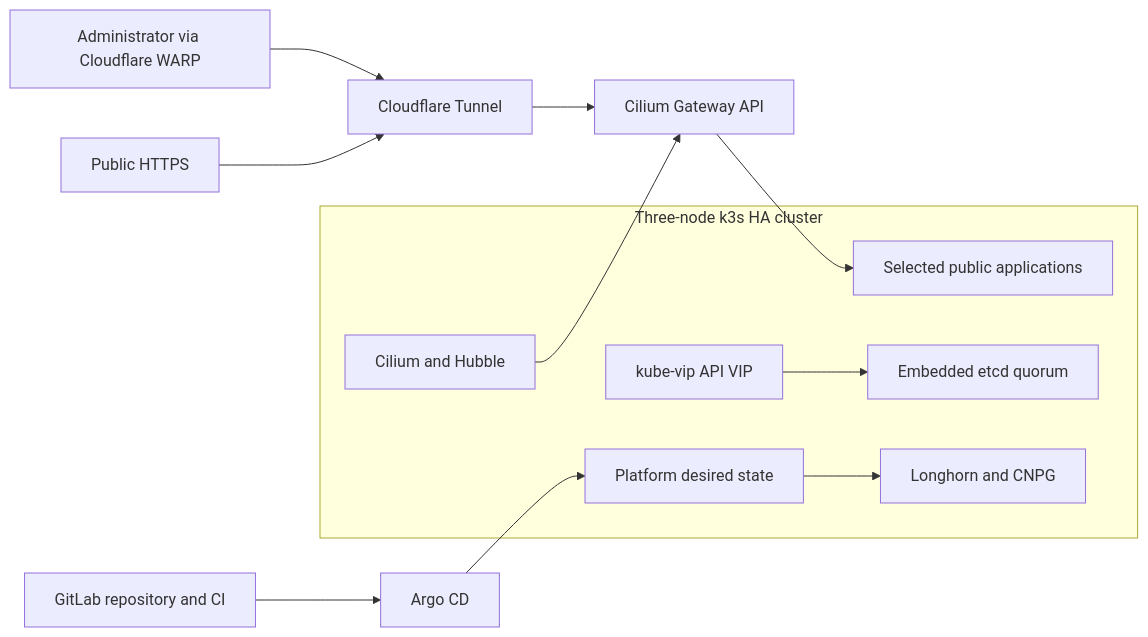
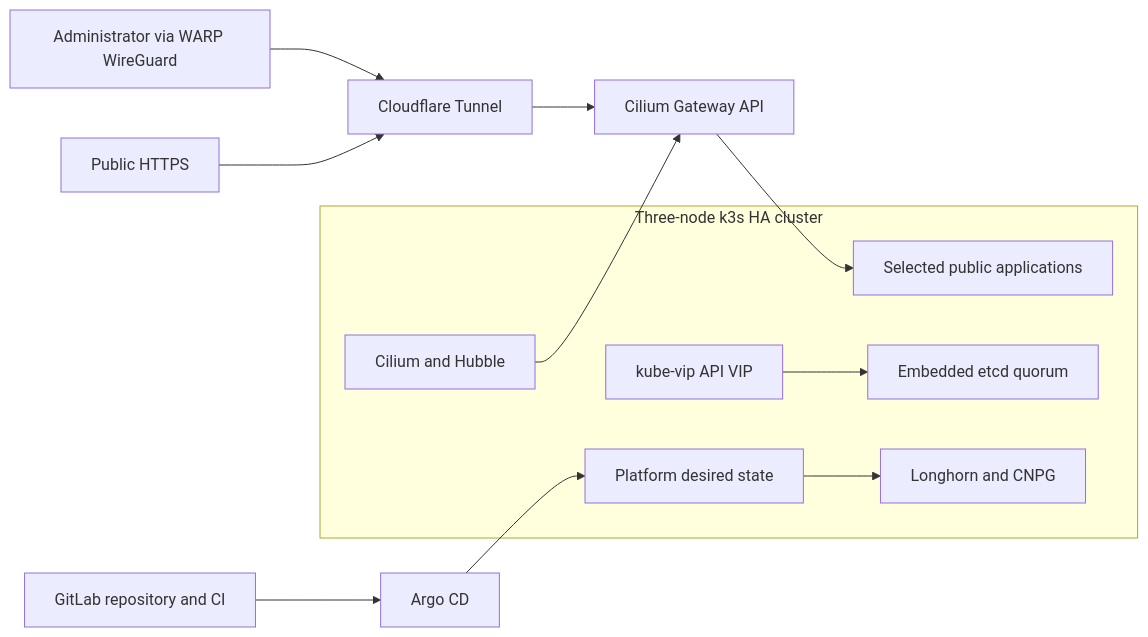
Before and after one commit to AnouarMohamed/k3s-homelab: the first of 2 diagrams in docs/architecture.md, drawn with Mermaid. The commit also changed other lines of this file and 24 other files, not shown here.

````diff
--- a/docs/architecture.md
+++ b/docs/architecture.md
@@ -7,20 +7,20 @@
 ```mermaid
 flowchart LR
   GitLab[GitLab repository and CI] --> Argo[Argo CD]
-  Admin[Administrator via Cloudflare WARP] --> Tunnel[Cloudflare Tunnel]
+  Admin[Administrator via WARP WireGuard] --> Tunnel[Cloudflare Tunnel]
   Internet[Public HTTPS] --> Tunnel
   Tunnel --> Gateway[Cilium Gateway API]
   Argo --> Platform[Platform desired state]
   Gateway --> Apps[Selected public applications]
   subgraph Cluster[Three-node k3s HA cluster]
     VIP[kube-vip API VIP]
     Etcd[Embedded etcd quorum]
     Cilium[Cilium and Hubble]
     Storage[Longhorn and CNPG]
     Platform
     Apps
   end
   VIP --> Etcd
   Cilium --> Gateway
   Platform --> Storage
 ```
````
